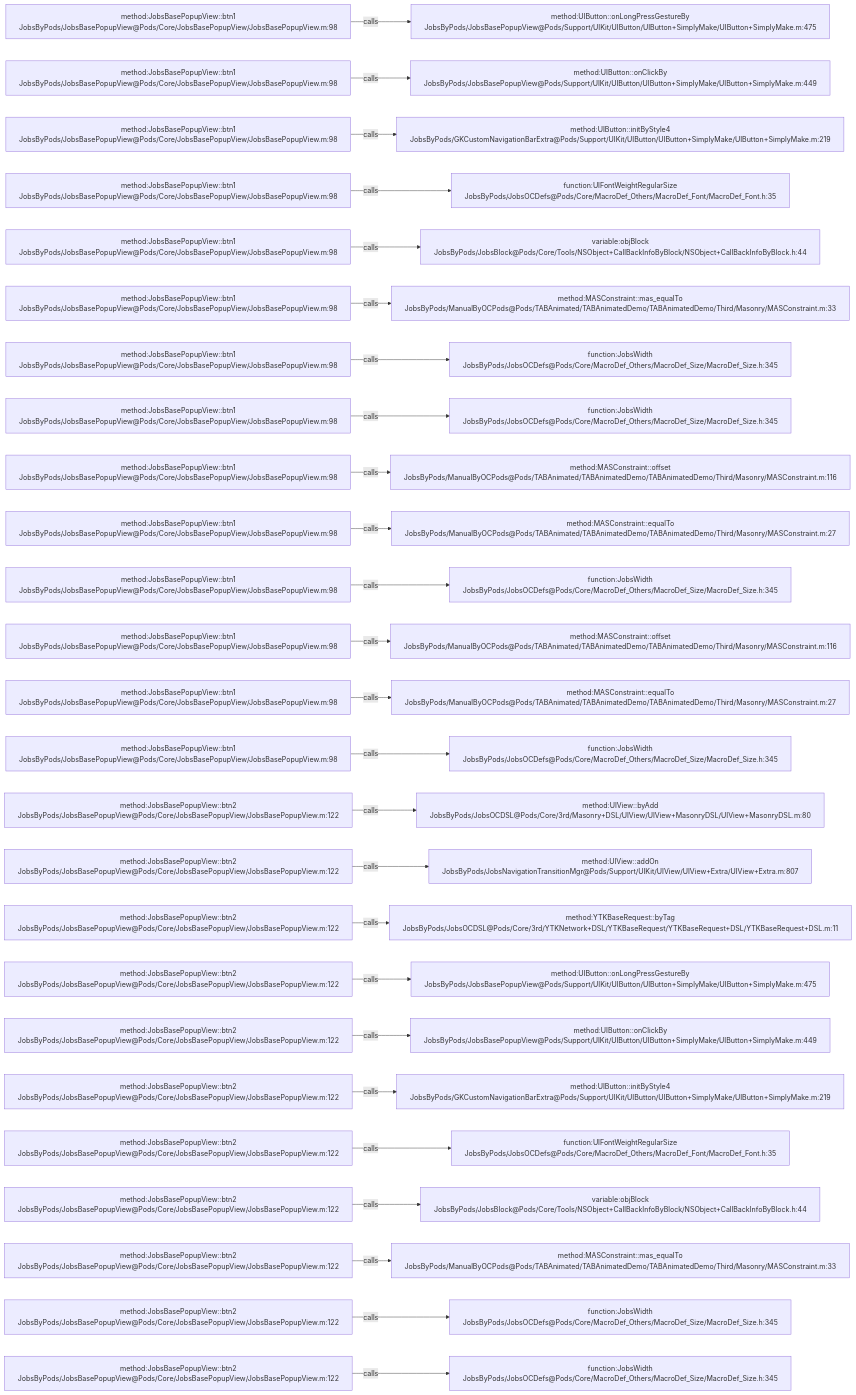
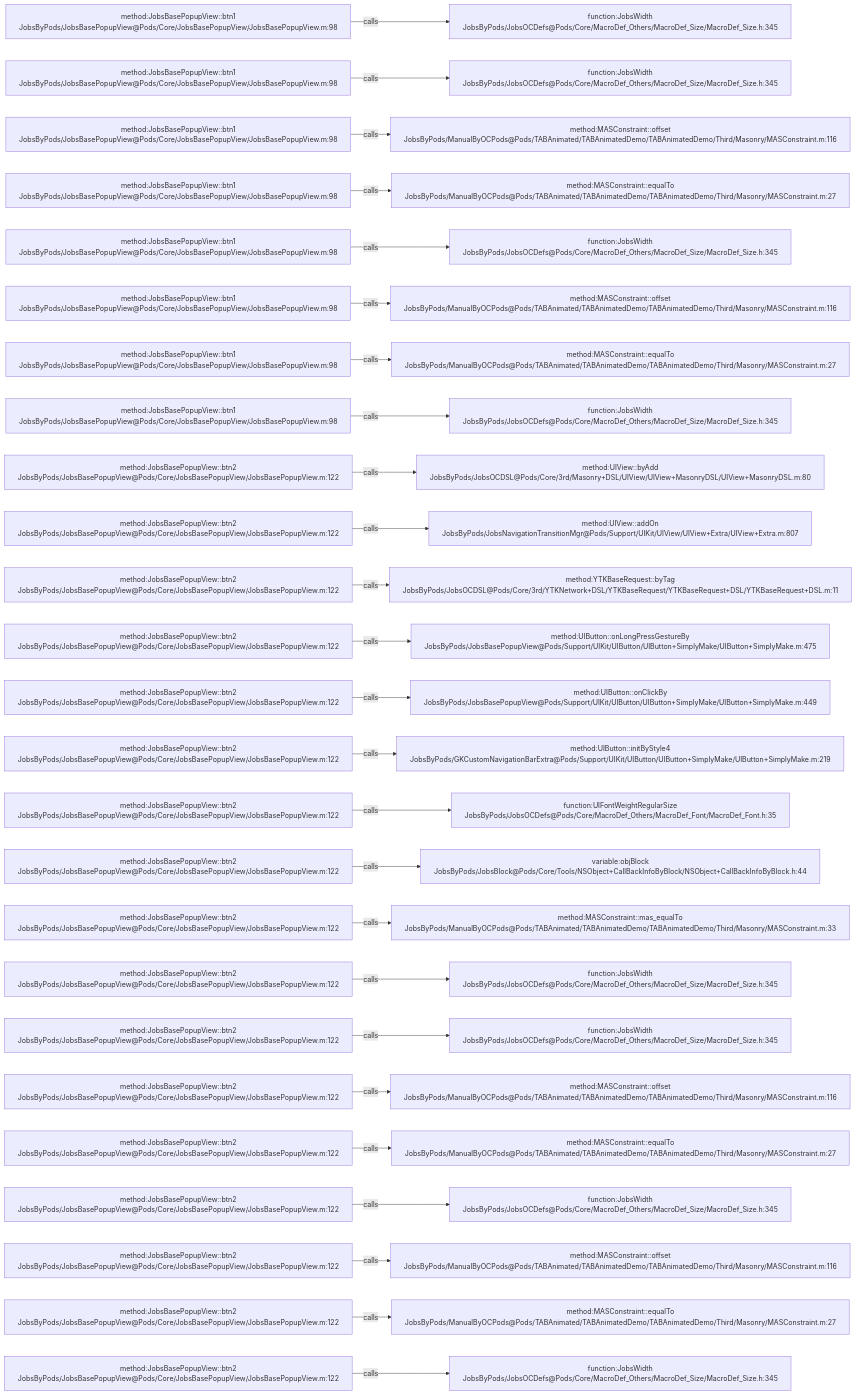
Before and after one commit to JobsKits/JobsOCBaseConfigDemo: the diagram in .codegraph/codegraph.md/graphs/calls-198.md, drawn with Mermaid. The commit also changed 116 other files, not shown here.

````diff
--- a/.codegraph/codegraph.md/graphs/calls-198.md
+++ b/.codegraph/codegraph.md/graphs/calls-198.md
@@ -13,78 +13,78 @@
 ```mermaid
 flowchart LR
   S1["method:JobsBasePopupView::btn1<br/>JobsByPods/JobsBasePopupView@Pods/Core/JobsBasePopupView/JobsBasePopupView.m:98"]
-  T1["method:UIButton::onLongPressGestureBy<br/>JobsByPods/JobsBasePopupView@Pods/Support/UIKit/UIButton/UIButton+SimplyMake/UIButton+SimplyMake.m:475"]
+  T1["function:JobsWidth<br/>JobsByPods/JobsOCDefs@Pods/Core/MacroDef_Others/MacroDef_Size/MacroDef_Size.h:345"]
   S1 -->|calls| T1
   S2["method:JobsBasePopupView::btn1<br/>JobsByPods/JobsBasePopupView@Pods/Core/JobsBasePopupView/JobsBasePopupView.m:98"]
-  T2["method:UIButton::onClickBy<br/>JobsByPods/JobsBasePopupView@Pods/Support/UIKit/UIButton/UIButton+SimplyMake/UIButton+SimplyMake.m:449"]
+  T2["function:JobsWidth<br/>JobsByPods/JobsOCDefs@Pods/Core/MacroDef_Others/MacroDef_Size/MacroDef_Size.h:345"]
   S2 -->|calls| T2
   S3["method:JobsBasePopupView::btn1<br/>JobsByPods/JobsBasePopupView@Pods/Core/JobsBasePopupView/JobsBasePopupView.m:98"]
-  T3["method:UIButton::initByStyle4<br/>JobsByPods/GKCustomNavigationBarExtra@Pods/Support/UIKit/UIButton/UIButton+SimplyMake/UIButton+SimplyMake.m:219"]
+  T3["method:MASConstraint::offset<br/>JobsByPods/ManualByOCPods@Pods/TABAnimated/TABAnimatedDemo/TABAnimatedDemo/Third/Masonry/MASConstraint.m:116"]
   S3 -->|calls| T3
   S4["method:JobsBasePopupView::btn1<br/>JobsByPods/JobsBasePopupView@Pods/Core/JobsBasePopupView/JobsBasePopupView.m:98"]
-  T4["function:UIFontWeightRegularSize<br/>JobsByPods/JobsOCDefs@Pods/Core/MacroDef_Others/MacroDef_Font/MacroDef_Font.h:35"]
+  T4["method:MASConstraint::equalTo<br/>JobsByPods/ManualByOCPods@Pods/TABAnimated/TABAnimatedDemo/TABAnimatedDemo/Third/Masonry/MASConstraint.m:27"]
   S4 -->|calls| T4
   S5["method:JobsBasePopupView::btn1<br/>JobsByPods/JobsBasePopupView@Pods/Core/JobsBasePopupView/JobsBasePopupView.m:98"]
-  T5["variable:objBlock<br/>JobsByPods/JobsBlock@Pods/Core/Tools/NSObject+CallBackInfoByBlock/NSObject+CallBackInfoByBlock.h:44"]
+  T5["function:JobsWidth<br/>JobsByPods/JobsOCDefs@Pods/Core/MacroDef_Others/MacroDef_Size/MacroDef_Size.h:345"]
   S5 -->|calls| T5
   S6["method:JobsBasePopupView::btn1<br/>JobsByPods/JobsBasePopupView@Pods/Core/JobsBasePopupView/JobsBasePopupView.m:98"]
-  T6["method:MASConstraint::mas_equalTo<br/>JobsByPods/ManualByOCPods@Pods/TABAnimated/TABAnimatedDemo/TABAnimatedDemo/Third/Masonry/MASConstraint.m:33"]
+  T6["method:MASConstraint::offset<br/>JobsByPods/ManualByOCPods@Pods/TABAnimated/TABAnimatedDemo/TABAnimatedDemo/Third/Masonry/MASConstraint.m:116"]
   S6 -->|calls| T6
   S7["method:JobsBasePopupView::btn1<br/>JobsByPods/JobsBasePopupView@Pods/Core/JobsBasePopupView/JobsBasePopupView.m:98"]
-  T7["function:JobsWidth<br/>JobsByPods/JobsOCDefs@Pods/Core/MacroDef_Others/MacroDef_Size/MacroDef_Size.h:345"]
+  T7["method:MASConstraint::equalTo<br/>JobsByPods/ManualByOCPods@Pods/TABAnimated/TABAnimatedDemo/TABAnimatedDemo/Third/Masonry/MASConstraint.m:27"]
   S7 -->|calls| T7
   S8["method:JobsBasePopupView::btn1<br/>JobsByPods/JobsBasePopupView@Pods/Core/JobsBasePopupView/JobsBasePopupView.m:98"]
   T8["function:JobsWidth<br/>JobsByPods/JobsOCDefs@Pods/Core/MacroDef_Others/MacroDef_Size/MacroDef_Size.h:345"]
   S8 -->|calls| T8
-  S9["method:JobsBasePopupView::btn1<br/>JobsByPods/JobsBasePopupView@Pods/Core/JobsBasePopupView/JobsBasePopupView.m:98"]
-  T9["method:MASConstraint::offset<br/>JobsByPods/ManualByOCPods@Pods/TABAnimated/TABAnimatedDemo/TABAnimatedDemo/Third/Masonry/MASConstraint.m:116"]
+  S9["method:JobsBasePopupView::btn2<br/>JobsByPods/JobsBasePopupView@Pods/Core/JobsBasePopupView/JobsBasePopupView.m:122"]
+  T9["method:UIView::byAdd<br/>JobsByPods/JobsOCDSL@Pods/Core/3rd/Masonry+DSL/UIView/UIView+MasonryDSL/UIView+MasonryDSL.m:80"]
   S9 -->|calls| T9
-  S10["method:JobsBasePopupView::btn1<br/>JobsByPods/JobsBasePopupView@Pods/Core/JobsBasePopupView/JobsBasePopupView.m:98"]
-  T10["method:MASConstraint::equalTo<br/>JobsByPods/ManualByOCPods@Pods/TABAnimated/TABAnimatedDemo/TABAnimatedDemo/Third/Masonry/MASConstraint.m:27"]
+  S10["method:JobsBasePopupView::btn2<br/>JobsByPods/JobsBasePopupView@Pods/Core/JobsBasePopupView/JobsBasePopupView.m:122"]
+  T10["method:UIView::addOn<br/>JobsByPods/JobsNavigationTransitionMgr@Pods/Support/UIKit/UIView/UIView+Extra/UIView+Extra.m:807"]
   S10 -->|calls| T10
-  S11["method:JobsBasePopupView::btn1<br/>JobsByPods/JobsBasePopupView@Pods/Core/JobsBasePopupView/JobsBasePopupView.m:98"]
-  T11["function:JobsWidth<br/>JobsByPods/JobsOCDefs@Pods/Core/MacroDef_Others/MacroDef_Size/MacroDef_Size.h:345"]
+  S11["method:JobsBasePopupView::btn2<br/>JobsByPods/JobsBasePopupView@Pods/Core/JobsBasePopupView/JobsBasePopupView.m:122"]
+  T11["method:YTKBaseRequest::byTag<br/>JobsByPods/JobsOCDSL@Pods/Core/3rd/YTKNetwork+DSL/YTKBaseRequest/YTKBaseRequest+DSL/YTKBaseRequest+DSL.m:11"]
   S11 -->|calls| T11
-  S12["method:JobsBasePopupView::btn1<br/>JobsByPods/JobsBasePopupView@Pods/Core/JobsBasePopupView/JobsBasePopupView.m:98"]
-  T12["method:MASConstraint::offset<br/>JobsByPods/ManualByOCPods@Pods/TABAnimated/TABAnimatedDemo/TABAnimatedDemo/Third/Masonry/MASConstraint.m:116"]
+  S12["method:JobsBasePopupView::btn2<br/>JobsByPods/JobsBasePopupView@Pods/Core/JobsBasePopupView/JobsBasePopupView.m:122"]
+  T12["method:UIButton::onLongPressGestureBy<br/>JobsByPods/JobsBasePopupView@Pods/Support/UIKit/UIButton/UIButton+SimplyMake/UIButton+SimplyMake.m:475"]
   S12 -->|calls| T12
-  S13["method:JobsBasePopupView::btn1<br/>JobsByPods/JobsBasePopupView@Pods/Core/JobsBasePopupView/JobsBasePopupView.m:98"]
-  T13["method:MASConstraint::equalTo<br/>JobsByPods/ManualByOCPods@Pods/TABAnimated/TABAnimatedDemo/TABAnimatedDemo/Third/Masonry/MASConstraint.m:27"]
+  S13["method:JobsBasePopupView::btn2<br/>JobsByPods/JobsBasePopupView@Pods/Core/JobsBasePopupView/JobsBasePopupView.m:122"]
+  T13["method:UIButton::onClickBy<br/>JobsByPods/JobsBasePopupView@Pods/Support/UIKit/UIButton/UIButton+SimplyMake/UIButton+SimplyMake.m:449"]
   S13 -->|calls| T13
-  S14["method:JobsBasePopupView::btn1<br/>JobsByPods/JobsBasePopupView@Pods/Core/JobsBasePopupView/JobsBasePopupView.m:98"]
-  T14["function:JobsWidth<br/>JobsByPods/JobsOCDefs@Pods/Core/MacroDef_Others/MacroDef_Size/MacroDef_Size.h:345"]
+  S14["method:JobsBasePopupView::btn2<br/>JobsByPods/JobsBasePopupView@Pods/Core/JobsBasePopupView/JobsBasePopupView.m:122"]
+  T14["method:UIButton::initByStyle4<br/>JobsByPods/GKCustomNavigationBarExtra@Pods/Support/UIKit/UIButton/UIButton+SimplyMake/UIButton+SimplyMake.m:219"]
   S14 -->|calls| T14
   S15["method:JobsBasePopupView::btn2<br/>JobsByPods/JobsBasePopupView@Pods/Core/JobsBasePopupView/JobsBasePopupView.m:122"]
-  T15["method:UIView::byAdd<br/>JobsByPods/JobsOCDSL@Pods/Core/3rd/Masonry+DSL/UIView/UIView+MasonryDSL/UIView+MasonryDSL.m:80"]
+  T15["function:UIFontWeightRegularSize<br/>JobsByPods/JobsOCDefs@Pods/Core/MacroDef_Others/MacroDef_Font/MacroDef_Font.h:35"]
   S15 -->|calls| T15
   S16["method:JobsBasePopupView::btn2<br/>JobsByPods/JobsBasePopupView@Pods/Core/JobsBasePopupView/JobsBasePopupView.m:122"]
-  T16["method:UIView::addOn<br/>JobsByPods/JobsNavigationTransitionMgr@Pods/Support/UIKit/UIView/UIView+Extra/UIView+Extra.m:807"]
+  T16["variable:objBlock<br/>JobsByPods/JobsBlock@Pods/Core/Tools/NSObject+CallBackInfoByBlock/NSObject+CallBackInfoByBlock.h:44"]
   S16 -->|calls| T16
   S17["method:JobsBasePopupView::btn2<br/>JobsByPods/JobsBasePopupView@Pods/Core/JobsBasePopupView/JobsBasePopupView.m:122"]
-  T17["method:YTKBaseRequest::byTag<br/>JobsByPods/JobsOCDSL@Pods/Core/3rd/YTKNetwork+DSL/YTKBaseRequest/YTKBaseRequest+DSL/YTKBaseRequest+DSL.m:11"]
+  T17["method:MASConstraint::mas_equalTo<br/>JobsByPods/ManualByOCPods@Pods/TABAnimated/TABAnimatedDemo/TABAnimatedDemo/Third/Masonry/MASConstraint.m:33"]
   S17 -->|calls| T17
   S18["method:JobsBasePopupView::btn2<br/>JobsByPods/JobsBasePopupView@Pods/Core/JobsBasePopupView/JobsBasePopupView.m:122"]
-  T18["method:UIButton::onLongPressGestureBy<br/>JobsByPods/JobsBasePopupView@Pods/Support/UIKit/UIButton/UIButton+SimplyMake/UIButton+SimplyMake.m:475"]
+  T18["function:JobsWidth<br/>JobsByPods/JobsOCDefs@Pods/Core/MacroDef_Others/MacroDef_Size/MacroDef_Size.h:345"]
   S18 -->|calls| T18
   S19["method:JobsBasePopupView::btn2<br/>JobsByPods/JobsBasePopupView@Pods/Core/JobsBasePopupView/JobsBasePopupView.m:122"]
-  T19["method:UIButton::onClickBy<br/>JobsByPods/JobsBasePopupView@Pods/Support/UIKit/UIButton/UIButton+SimplyMake/UIButton+SimplyMake.m:449"]
+  T19["function:JobsWidth<br/>JobsByPods/JobsOCDefs@Pods/Core/MacroDef_Others/MacroDef_Size/MacroDef_Size.h:345"]
   S19 -->|calls| T19
   S20["method:JobsBasePopupView::btn2<br/>JobsByPods/JobsBasePopupView@Pods/Core/JobsBasePopupView/JobsBasePopupView.m:122"]
-  T20["method:UIButton::initByStyle4<br/>JobsByPods/GKCustomNavigationBarExtra@Pods/Support/UIKit/UIButton/UIButton+SimplyMake/UIButton+SimplyMake.m:219"]
+  T20["method:MASConstraint::offset<br/>JobsByPods/ManualByOCPods@Pods/TABAnimated/TABAnimatedDemo/TABAnimatedDemo/Third/Masonry/MASConstraint.m:116"]
   S20 -->|calls| T20
   S21["method:JobsBasePopupView::btn2<br/>JobsByPods/JobsBasePopupView@Pods/Core/JobsBasePopupView/JobsBasePopupView.m:122"]
-  T21["function:UIFontWeightRegularSize<br/>JobsByPods/JobsOCDefs@Pods/Core/MacroDef_Others/MacroDef_Font/MacroDef_Font.h:35"]
+  T21["method:MASConstraint::equalTo<br/>JobsByPods/ManualByOCPods@Pods/TABAnimated/TABAnimatedDemo/TABAnimatedDemo/Third/Masonry/MASConstraint.m:27"]
   S21 -->|calls| T21
   S22["method:JobsBasePopupView::btn2<br/>JobsByPods/JobsBasePopupView@Pods/Core/JobsBasePopupView/JobsBasePopupView.m:122"]
-  T22["variable:objBlock<br/>JobsByPods/JobsBlock@Pods/Core/Tools/NSObject+CallBackInfoByBlock/NSObject+CallBackInfoByBlock.h:44"]
+  T22["function:JobsWidth<br/>JobsByPods/JobsOCDefs@Pods/Core/MacroDef_Others/MacroDef_Size/MacroDef_Size.h:345"]
   S22 -->|calls| T22
   S23["method:JobsBasePopupView::btn2<br/>JobsByPods/JobsBasePopupView@Pods/Core/JobsBasePopupView/JobsBasePopupView.m:122"]
-  T23["method:MASConstraint::mas_equalTo<br/>JobsByPods/ManualByOCPods@Pods/TABAnimated/TABAnimatedDemo/TABAnimatedDemo/Third/Masonry/MASConstraint.m:33"]
+  T23["method:MASConstraint::offset<br/>JobsByPods/ManualByOCPods@Pods/TABAnimated/TABAnimatedDemo/TABAnimatedDemo/Third/Masonry/MASConstraint.m:116"]
   S23 -->|calls| T23
   S24["method:JobsBasePopupView::btn2<br/>JobsByPods/JobsBasePopupView@Pods/Core/JobsBasePopupView/JobsBasePopupView.m:122"]
-  T24["function:JobsWidth<br/>JobsByPods/JobsOCDefs@Pods/Core/MacroDef_Others/MacroDef_Size/MacroDef_Size.h:345"]
+  T24["method:MASConstraint::equalTo<br/>JobsByPods/ManualByOCPods@Pods/TABAnimated/TABAnimatedDemo/TABAnimatedDemo/Third/Masonry/MASConstraint.m:27"]
   S24 -->|calls| T24
   S25["method:JobsBasePopupView::btn2<br/>JobsByPods/JobsBasePopupView@Pods/Core/JobsBasePopupView/JobsBasePopupView.m:122"]
   T25["function:JobsWidth<br/>JobsByPods/JobsOCDefs@Pods/Core/MacroDef_Others/MacroDef_Size/MacroDef_Size.h:345"]
   S25 -->|calls| T25
 ```
````
